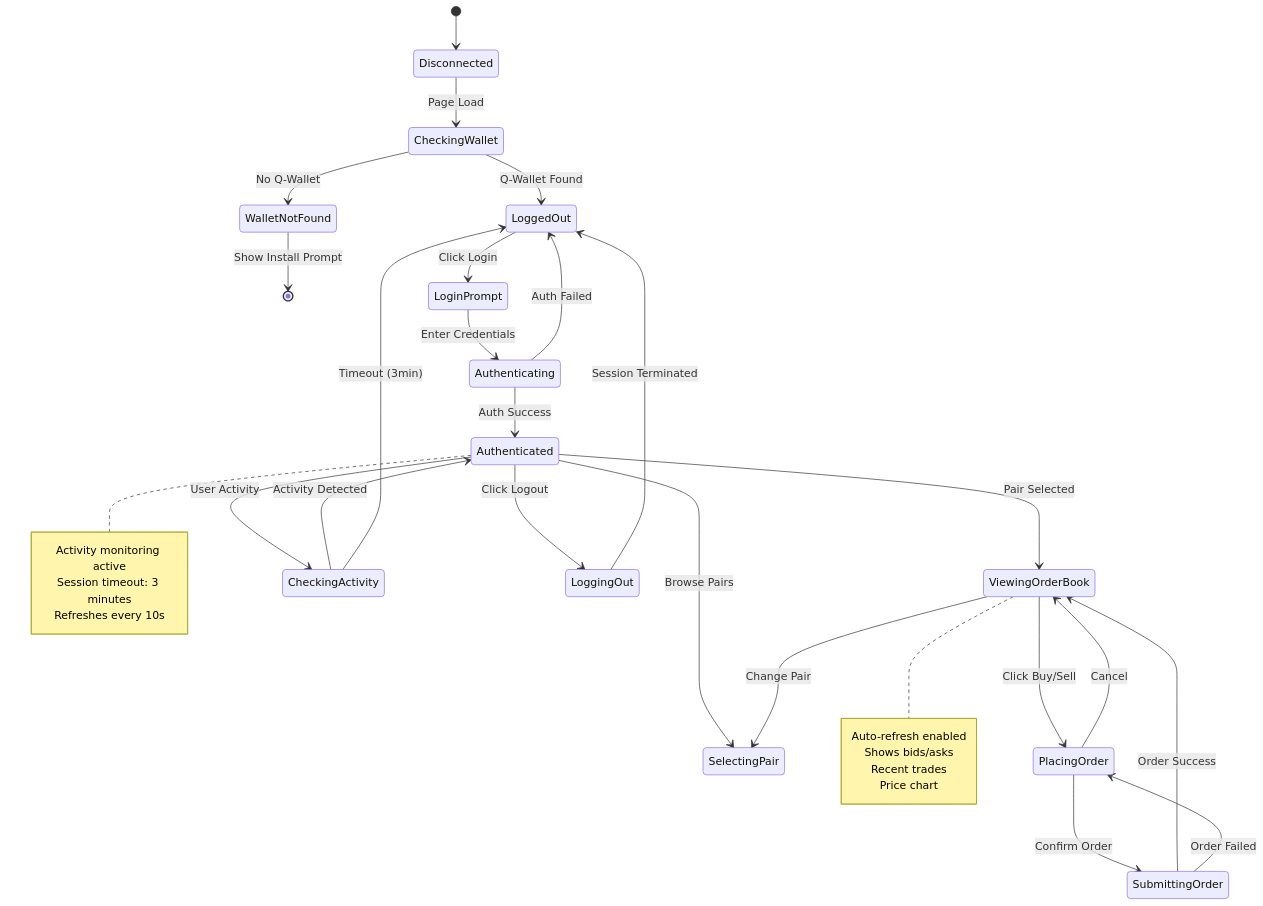
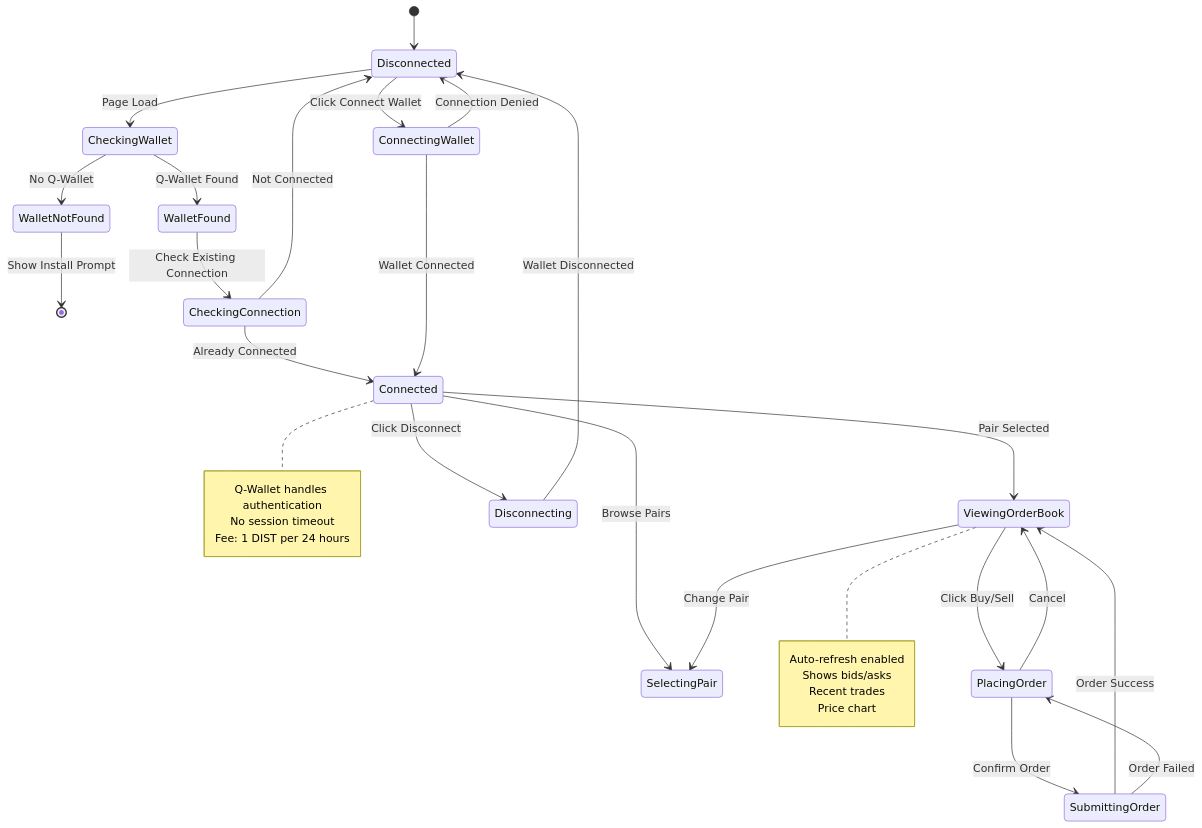
Before and after one commit to AkstonCap/distordia_com: the first of 6 diagrams in STATE_MACHINES.md, drawn with Mermaid. The commit also changed other lines of this file and 9 other files, not shown here.

Commit message:
Requiring Q-wallet connection for Nexus session connection

````diff
--- a/STATE_MACHINES.md
+++ b/STATE_MACHINES.md
@@ -7,47 +7,46 @@
 ```mermaid
 stateDiagram-v2
     [*] --> Disconnected
     
     Disconnected --> CheckingWallet: Page Load
     CheckingWallet --> WalletNotFound: No Q-Wallet
-    CheckingWallet --> LoggedOut: Q-Wallet Found
+    CheckingWallet --> WalletFound: Q-Wallet Found
     
     WalletNotFound --> [*]: Show Install Prompt
     
-    LoggedOut --> LoginPrompt: Click Login
-    LoginPrompt --> Authenticating: Enter Credentials
-    Authenticating --> LoggedOut: Auth Failed
-    Authenticating --> Authenticated: Auth Success
+    WalletFound --> CheckingConnection: Check Existing Connection
+    CheckingConnection --> Connected: Already Connected
+    CheckingConnection --> Disconnected: Not Connected
     
-    Authenticated --> SelectingPair: Browse Pairs
-    Authenticated --> ViewingOrderBook: Pair Selected
+    Disconnected --> ConnectingWallet: Click Connect Wallet
+    ConnectingWallet --> Disconnected: Connection Denied
+    ConnectingWallet --> Connected: Wallet Connected
+    
+    Connected --> SelectingPair: Browse Pairs
+    Connected --> ViewingOrderBook: Pair Selected
     
     ViewingOrderBook --> SelectingPair: Change Pair
     ViewingOrderBook --> PlacingOrder: Click Buy/Sell
     
     PlacingOrder --> ViewingOrderBook: Cancel
     PlacingOrder --> SubmittingOrder: Confirm Order
     
     SubmittingOrder --> ViewingOrderBook: Order Success
     SubmittingOrder --> PlacingOrder: Order Failed
     
-    Authenticated --> CheckingActivity: User Activity
-    CheckingActivity --> Authenticated: Activity Detected
-    CheckingActivity --> LoggedOut: Timeout (3min)
+    Connected --> Disconnecting: Click Disconnect
+    Disconnecting --> Disconnected: Wallet Disconnected
     
-    Authenticated --> LoggingOut: Click Logout
-    LoggingOut --> LoggedOut: Session Terminated
-    
-    note right of Authenticated
-        Activity monitoring active
-        Session timeout: 3 minutes
-        Refreshes every 10s
+    note right of Connected
+        Q-Wallet handles authentication
+        No session timeout
+        Fee: 1 DIST per 24 hours
     end note
     
     note right of ViewingOrderBook
         Auto-refresh enabled
         Shows bids/asks
         Recent trades
         Price chart
     end note
 ```
````
